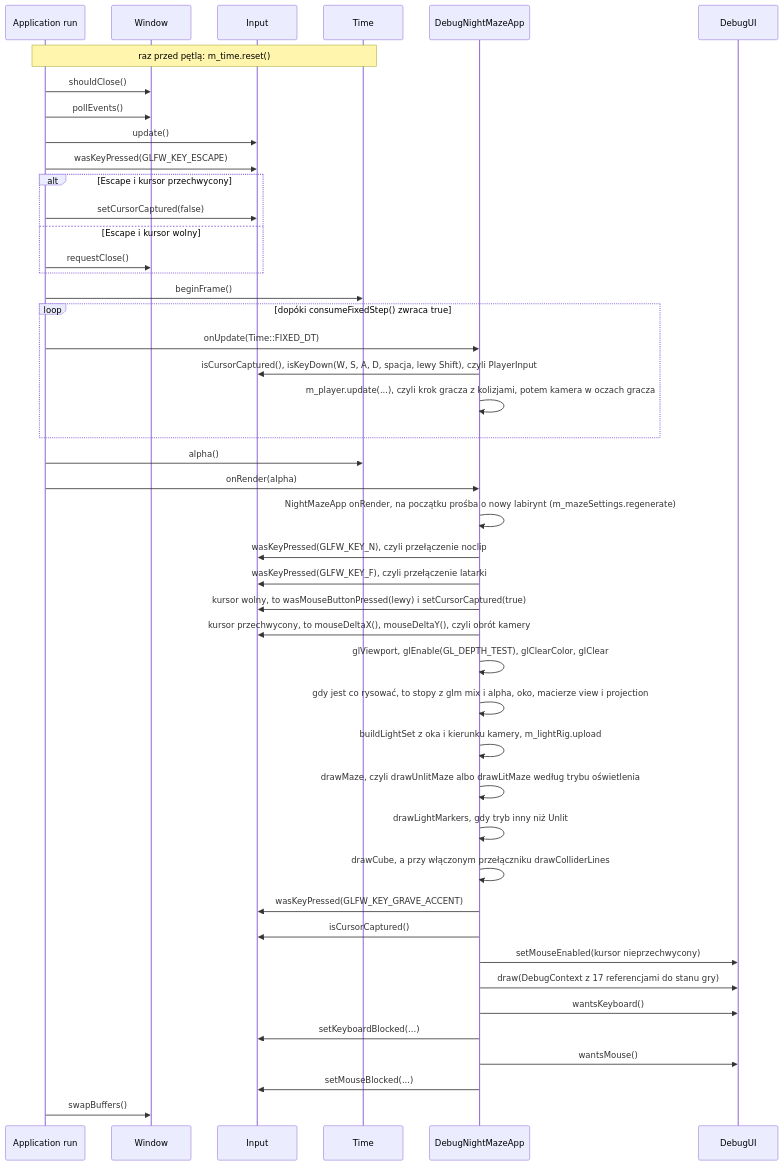
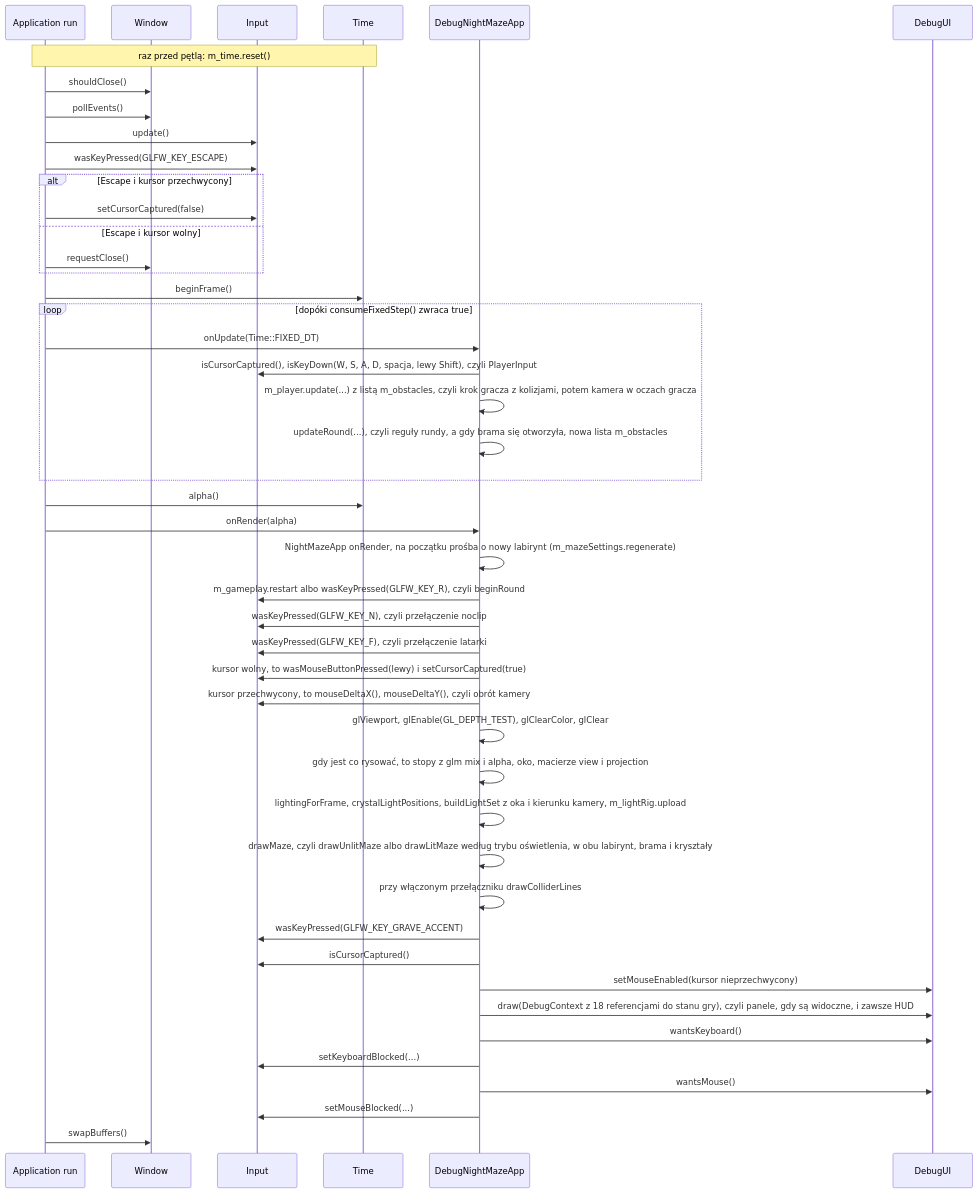
Before and after one commit to Shironex/night-maze: the second of 3 diagrams in docs/modules/core/README.md, drawn with Mermaid. The commit also changed other lines of this file and 50 other files, not shown here.

Commit message:
feat(game): draw crystals and the gate and retire the demo cube

````diff
--- a/docs/modules/core/README.md
+++ b/docs/modules/core/README.md
@@ -83,47 +83,48 @@
 ```mermaid
 sequenceDiagram
     participant Run as Application run
     participant Win as Window
     participant In as Input
     participant T as Time
     participant App as DebugNightMazeApp
     participant UI as DebugUI
     Note over Run,T: raz przed pętlą: m_time.reset()
     Run->>Win: shouldClose()
     Run->>Win: pollEvents()
     Run->>In: update()
     Run->>In: wasKeyPressed(GLFW_KEY_ESCAPE)
     alt Escape i kursor przechwycony
         Run->>In: setCursorCaptured(false)
     else Escape i kursor wolny
         Run->>Win: requestClose()
     end
     Run->>T: beginFrame()
     loop dopóki consumeFixedStep() zwraca true
         Run->>App: onUpdate(Time::FIXED_DT)
         App->>In: isCursorCaptured(), isKeyDown(W, S, A, D, spacja, lewy Shift), czyli PlayerInput
-        App->>App: m_player.update(...), czyli krok gracza z kolizjami, potem kamera w oczach gracza
+        App->>App: m_player.update(...) z listą m_obstacles, czyli krok gracza z kolizjami, potem kamera w oczach gracza
+        App->>App: updateRound(...), czyli reguły rundy, a gdy brama się otworzyła, nowa lista m_obstacles
     end
     Run->>T: alpha()
     Run->>App: onRender(alpha)
     App->>App: NightMazeApp onRender, na początku prośba o nowy labirynt (m_mazeSettings.regenerate)
+    App->>In: m_gameplay.restart albo wasKeyPressed(GLFW_KEY_R), czyli beginRound
     App->>In: wasKeyPressed(GLFW_KEY_N), czyli przełączenie noclip
     App->>In: wasKeyPressed(GLFW_KEY_F), czyli przełączenie latarki
     App->>In: kursor wolny, to wasMouseButtonPressed(lewy) i setCursorCaptured(true)
     App->>In: kursor przechwycony, to mouseDeltaX(), mouseDeltaY(), czyli obrót kamery
     App->>App: glViewport, glEnable(GL_DEPTH_TEST), glClearColor, glClear
     App->>App: gdy jest co rysować, to stopy z glm mix i alpha, oko, macierze view i projection
-    App->>App: buildLightSet z oka i kierunku kamery, m_lightRig.upload
-    App->>App: drawMaze, czyli drawUnlitMaze albo drawLitMaze według trybu oświetlenia
-    App->>App: drawLightMarkers, gdy tryb inny niż Unlit
-    App->>App: drawCube, a przy włączonym przełączniku drawColliderLines
+    App->>App: lightingForFrame, crystalLightPositions, buildLightSet z oka i kierunku kamery, m_lightRig.upload
+    App->>App: drawMaze, czyli drawUnlitMaze albo drawLitMaze według trybu oświetlenia, w obu labirynt, brama i kryształy
+    App->>App: przy włączonym przełączniku drawColliderLines
     App->>In: wasKeyPressed(GLFW_KEY_GRAVE_ACCENT)
     App->>In: isCursorCaptured()
     App->>UI: setMouseEnabled(kursor nieprzechwycony)
-    App->>UI: draw(DebugContext z 17 referencjami do stanu gry)
+    App->>UI: draw(DebugContext z 18 referencjami do stanu gry), czyli panele, gdy są widoczne, i zawsze HUD
     App->>UI: wantsKeyboard()
     App->>In: setKeyboardBlocked(...)
     App->>UI: wantsMouse()
     App->>In: setMouseBlocked(...)
     Run->>Win: swapBuffers()
 ```
````
